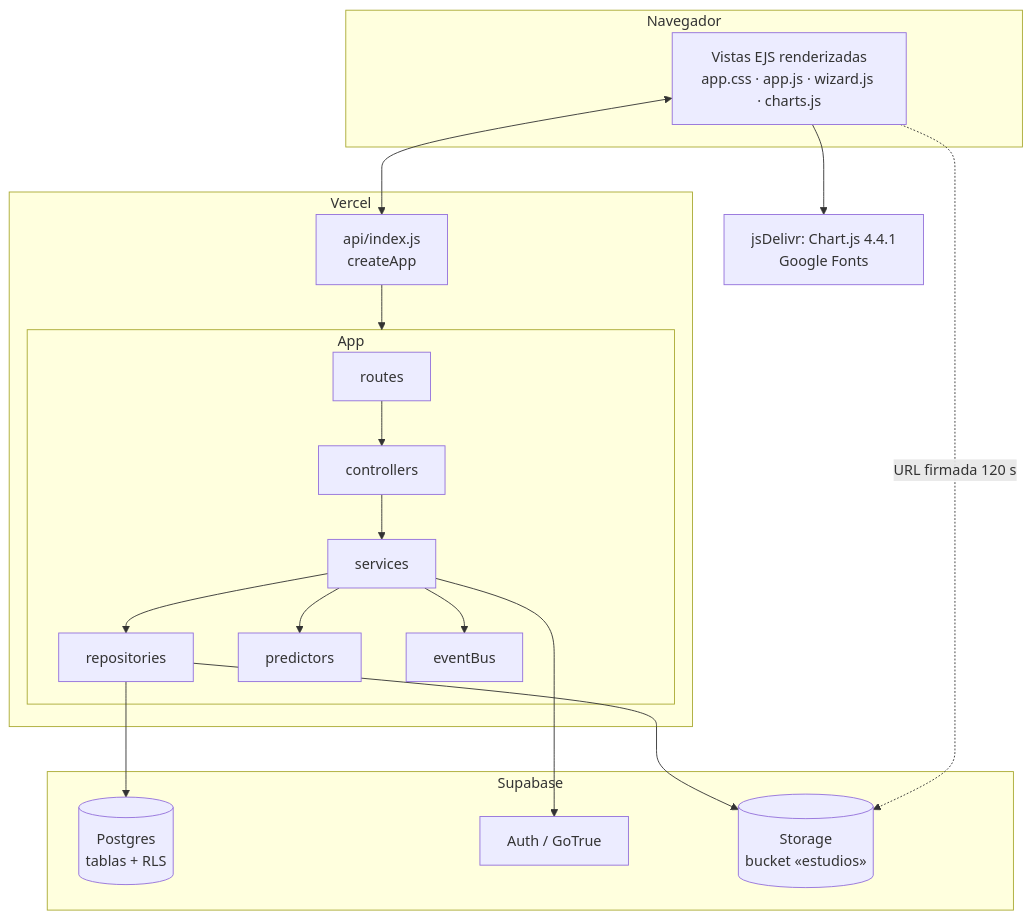
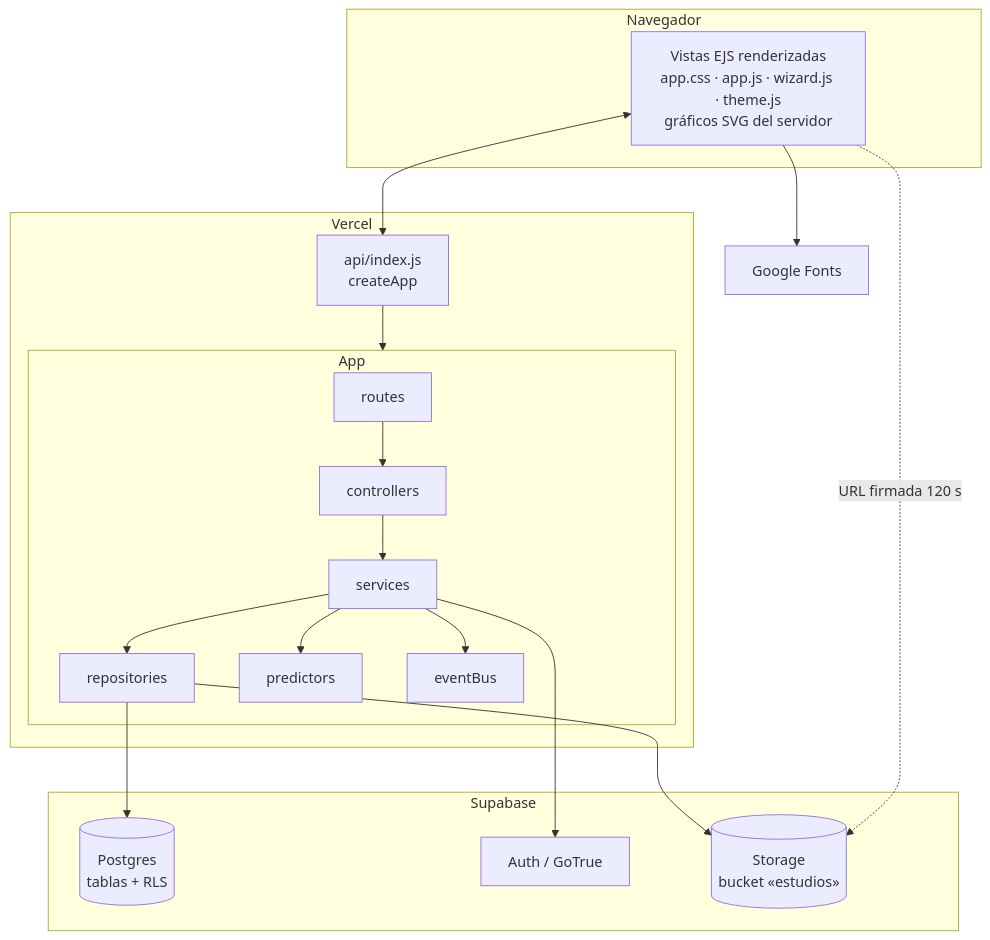
The fourth of 4 diagrams in docs/arquitectura.md (ivanjalid1/portal-pie-diabetico), drawn with Mermaid before and after one commit. The commit also changed other lines of this file and 8 other files, not shown here.

````diff
--- a/docs/arquitectura.md
+++ b/docs/arquitectura.md
@@ -193,28 +193,28 @@
 ```mermaid
 flowchart TB
   subgraph Navegador
-    UI[Vistas EJS renderizadas<br/>app.css · app.js · wizard.js · charts.js]
+    UI[Vistas EJS renderizadas<br/>app.css · app.js · wizard.js · theme.js<br/>gráficos SVG del servidor]
   end
   subgraph Vercel
     F[api/index.js<br/>createApp]
     subgraph App
       RT[routes] --> CT[controllers] --> SV[services]
       SV --> RP[repositories]
       SV --> PR[predictors]
       SV --> EB[eventBus]
     end
     F --> App
   end
   subgraph Supabase
     PG[(Postgres<br/>tablas + RLS)]
     AUTH[Auth / GoTrue]
     STO[(Storage<br/>bucket «estudios»)]
   end
-  CDN[jsDelivr: Chart.js 4.4.1<br/>Google Fonts]
+  CDN[Google Fonts]
   UI <--> F
   UI --> CDN
   RP --> PG
   RP --> STO
   SV --> AUTH
   UI -. URL firmada 120 s .-> STO
 ```
````
